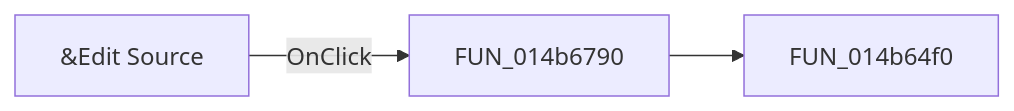
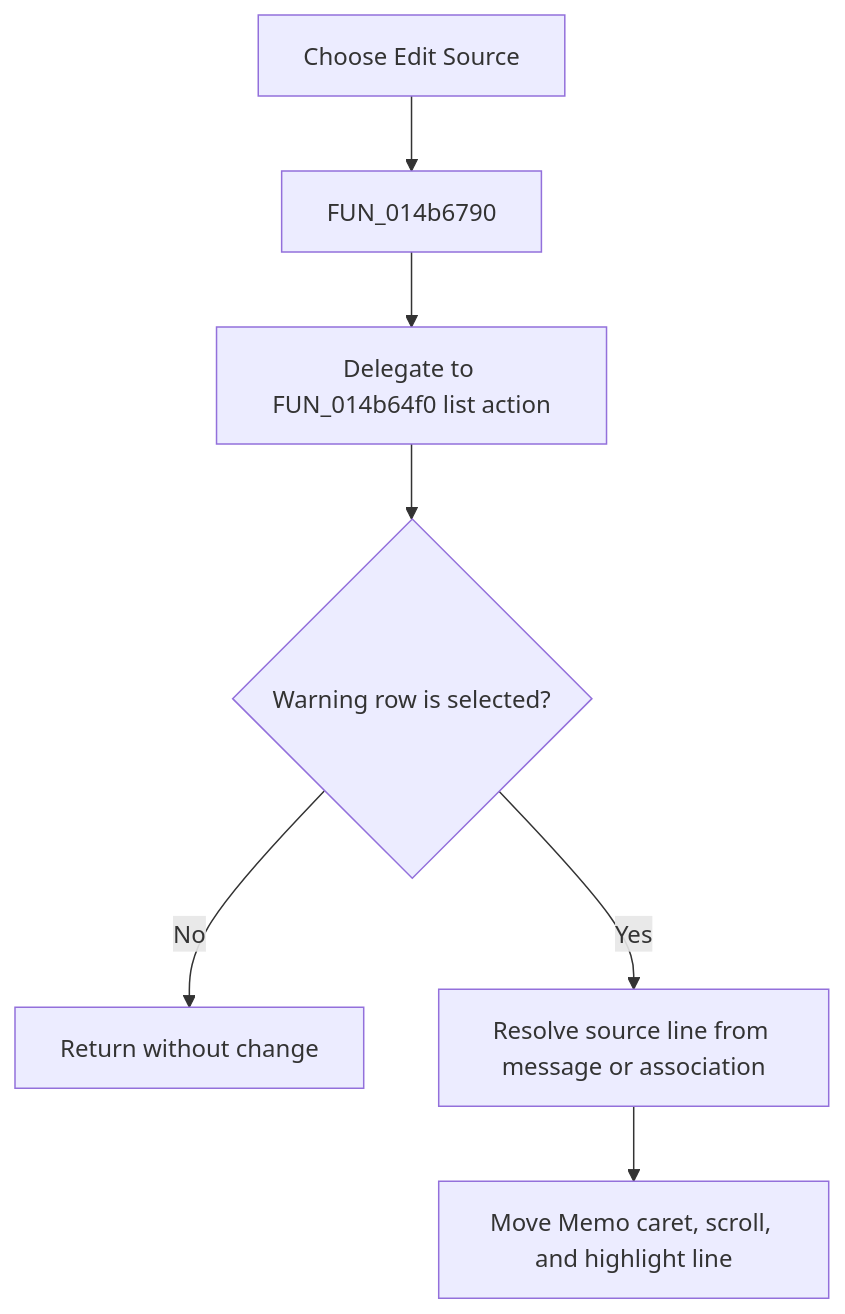
Before and after one commit to MovGP0/TIARA: the diagram in docs/ui-controls/netlistviewer/pmieditsource-caa78fdd68.md, drawn with Mermaid. The commit also changed other lines of this file and 1062 other files, not shown here.

````diff
--- a/docs/ui-controls/netlistviewer/pmieditsource-caa78fdd68.md
+++ b/docs/ui-controls/netlistviewer/pmieditsource-caa78fdd68.md
@@ -27,5 +27,9 @@
 ```mermaid
-flowchart LR
-    control["&Edit Source"] -->|OnClick| handler["FUN_014b6790"]
-    handler --> call1["FUN_014b64f0"]
+flowchart TD
+    control["Choose Edit Source"] --> handler["FUN_014b6790"]
+    handler --> shared["Delegate to FUN_014b64f0 list action"]
+    shared --> selected{"Warning row is selected?"}
+    selected -->|No| noop["Return without change"]
+    selected -->|Yes| resolve["Resolve source line from message or association"]
+    resolve --> navigate["Move Memo caret, scroll, and highlight line"]
 ```
````
